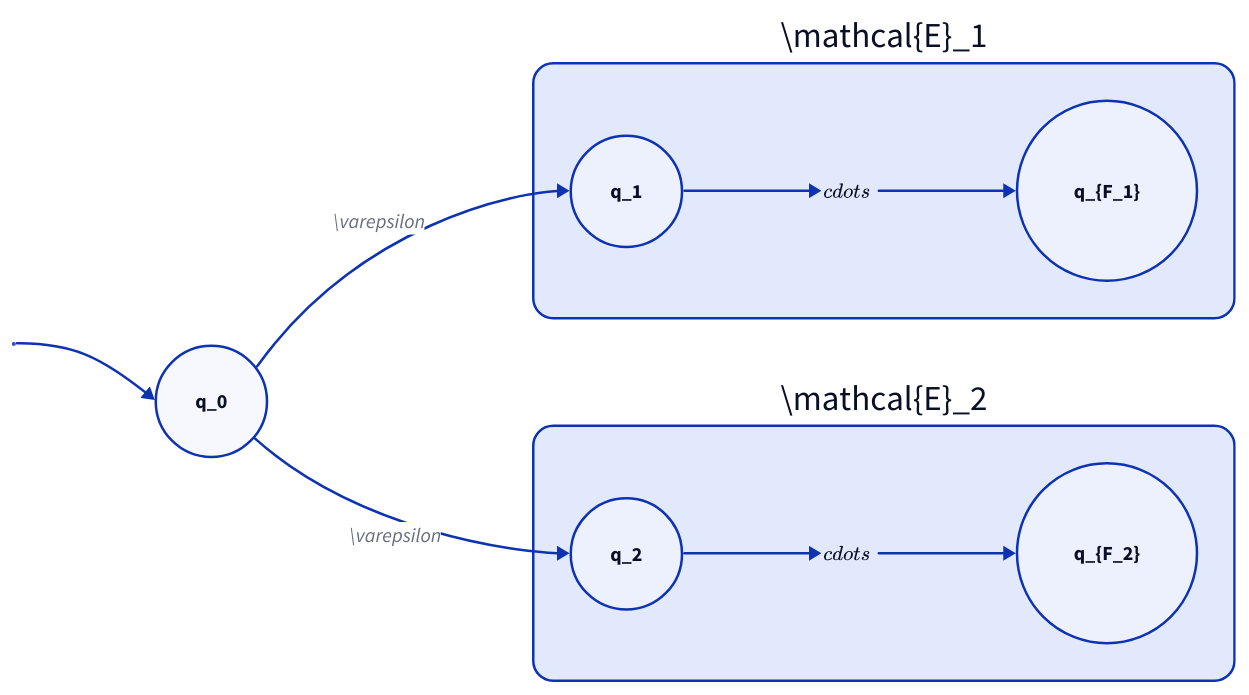
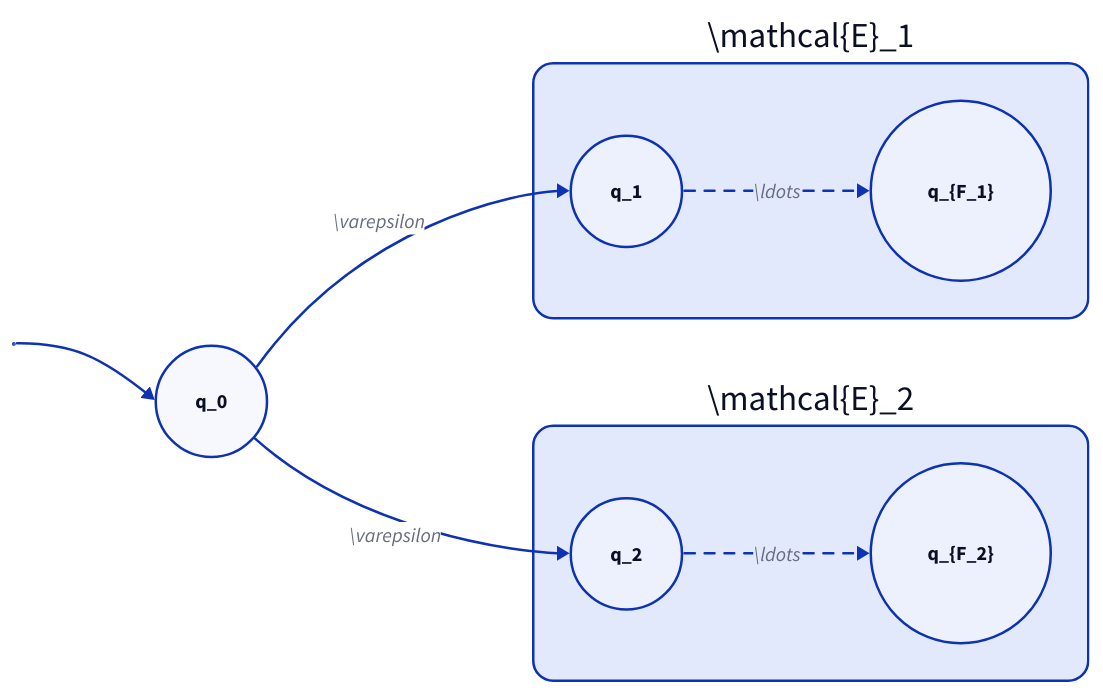
Before and after one commit to Rexus752/digital-garden: the diagram in content/_attachments/dimostrazione-proprieta-chiusura-dei-linguaggi-regolari-rispetto-all-unione.d2, drawn with D2. The commit also changed 19 other files, not shown here.

```diff
--- a/content/_attachments/dimostrazione-proprieta-chiusura-dei-linguaggi-regolari-rispetto-all-unione.d2
+++ b/content/_attachments/dimostrazione-proprieta-chiusura-dei-linguaggi-regolari-rispetto-all-unione.d2
@@ -1,52 +1,50 @@
 direction: right
 
 start: "" {
   shape: circle
   width: 1
   height: 1
   style.fill: black
 }
 
 q0: |latex q_0 | {
   shape: circle
 }
 
 e1: |latex \mathcal{E}_1 | {
   shape: rectangle
   style.border-radius: 16
 
   q1: |latex q_1 | {
     shape: circle
   }
 
-  e1dots: |latex \cdots |
-
   qf1: |latex q_{F_1} | {
     shape: circle
   }
 
-  q1 -> e1dots
-  e1dots -> qf1
+  q1 -> qf1: |latex \ldots | {
+    style.stroke-dash: 4
+  }
 }
 
 e2: |latex \mathcal{E}_2 | {
   shape: rectangle
   style.border-radius: 16
 
   q2: |latex q_2 | {
     shape: circle
   }
 
-  e2dots: |latex \cdots |
-
   qf2: |latex q_{F_2} | {
     shape: circle
   }
 
-  q2 -> e2dots
-  e2dots -> qf2
+  q2 -> qf2: |latex \ldots | {
+    style.stroke-dash: 4
+  }
 }
 
 start -> q0
 q0 -> e1.q1: |latex \varepsilon |
 q0 -> e2.q2: |latex \varepsilon |
```
